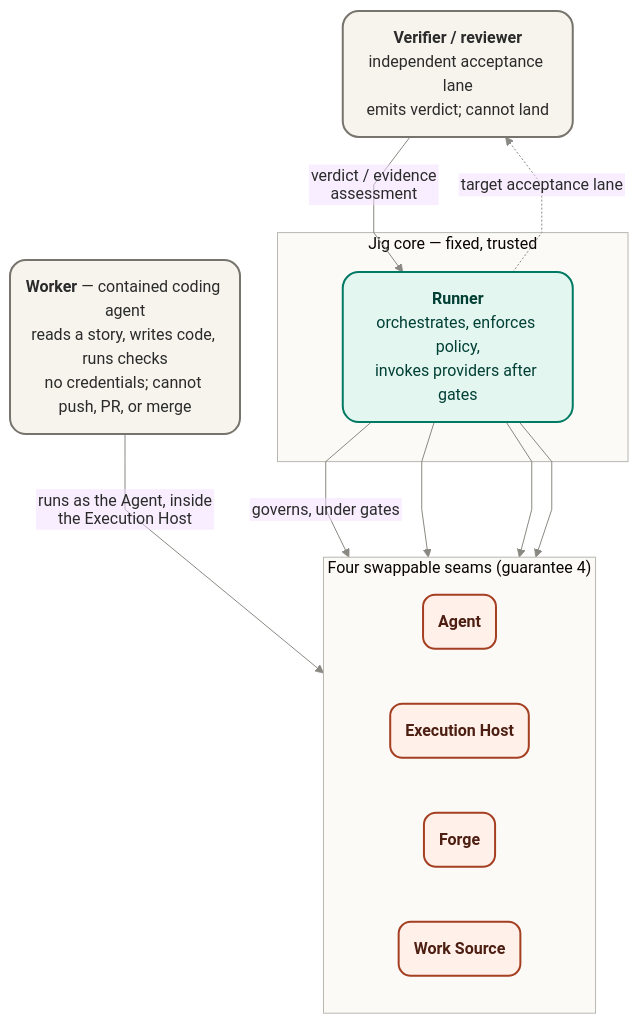
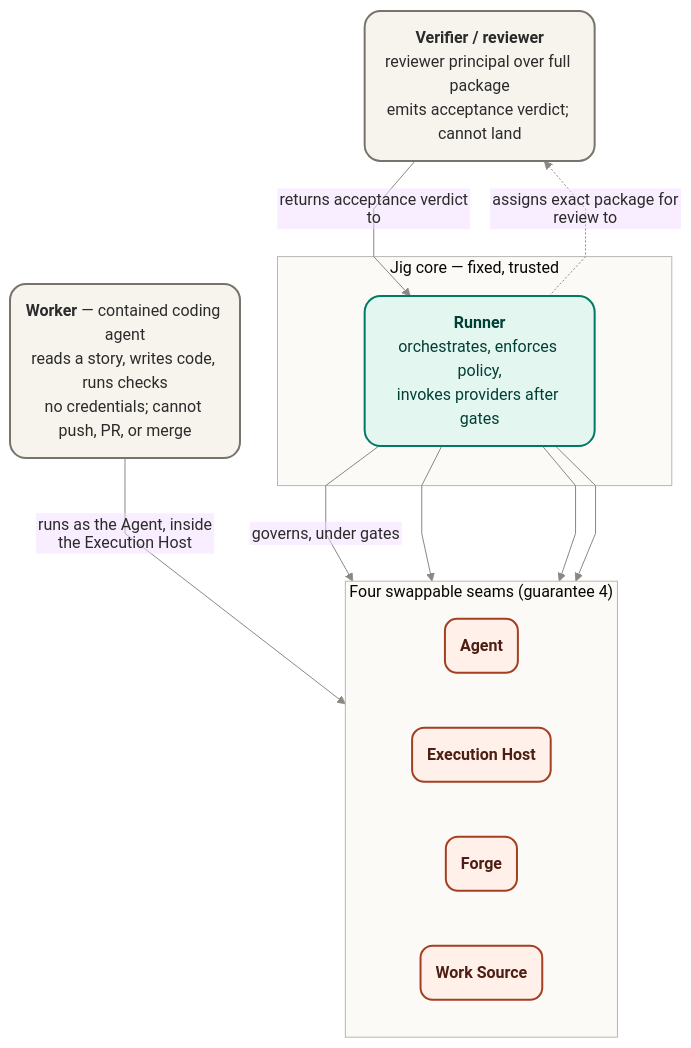
Before and after one commit to agentic-workflow-kit/jig: the first of 2 diagrams in docs/product/concepts.md, drawn with Mermaid. The commit also changed other lines of this file and 37 other files, not shown here.

````diff
--- a/docs/product/concepts.md
+++ b/docs/product/concepts.md
@@ -106,52 +109,52 @@
 ```mermaid
 %%{init: {
   "theme": "base",
   "themeVariables": {
     "fontFamily": "Inter, Arial, sans-serif",
     "primaryTextColor": "#2b2b2b",
     "lineColor": "#8a8882",
     "clusterBkg": "#fbfaf7",
     "clusterBorder": "#b8b8b1",
     "clusterTextColor": "#2b2b2b"
   },
   "flowchart": { "htmlLabels": false, "curve": "linear", "nodeSpacing": 55, "rankSpacing": 55 }
 }}%%
 flowchart TB
 
   worker("`**Worker** — contained coding agent
 reads a story, writes code, runs checks
 no credentials; cannot push, PR, or merge`")
   verifier("`**Verifier / reviewer**
-independent acceptance lane
-emits verdict; cannot land`")
+reviewer principal over full package
+emits acceptance verdict; cannot land`")
 
   subgraph core["Jig core — fixed, trusted"]
     runner("`**Runner**
 orchestrates, enforces policy,
 invokes providers after gates`")
   end
 
   subgraph seams["Four swappable seams (guarantee 4)"]
     direction LR
     agent("`**Agent**`")
     host("`**Execution Host**`")
     forge("`**Forge**`")
     source("`**Work Source**`")
   end
 
   worker -->|"runs as the Agent, inside the Execution Host"| agent
-  runner -.->|"target acceptance lane"| verifier
-  verifier -->|"verdict / evidence assessment"| runner
+  runner -.->|"assigns exact package for review to"| verifier
+  verifier -->|"returns acceptance verdict to"| runner
   runner -->|"governs, under gates"| agent
   runner --> host
   runner --> forge
   runner --> source
 
   classDef core fill:#e3f6f0,stroke:#007a62,stroke-width:2px,color:#003f34,rx:16,ry:16;
   classDef seam fill:#fff0ea,stroke:#a43f22,stroke-width:2px,color:#4d1f12,rx:12,ry:12;
   classDef contained fill:#f6f4ed,stroke:#77736d,stroke-width:2px,color:#2b2b2b,rx:16,ry:16;
 
   class runner core;
   class agent,host,forge,source seam;
   class worker,verifier contained;
 ```
````
